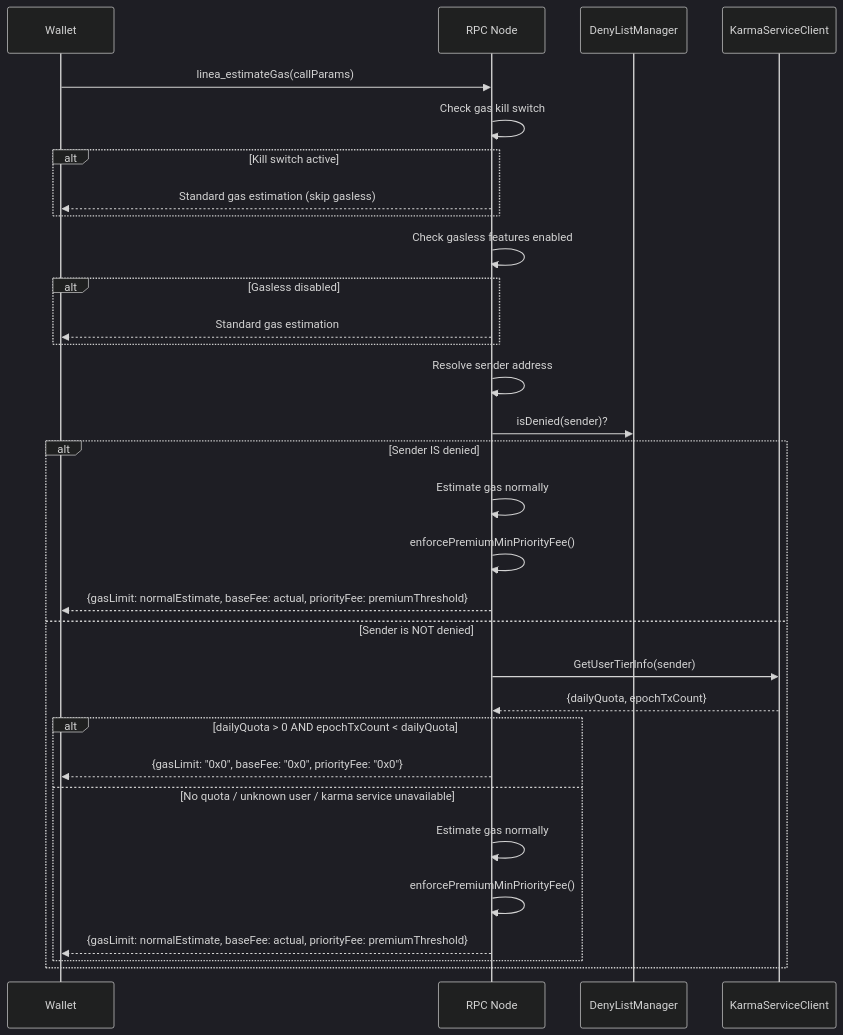
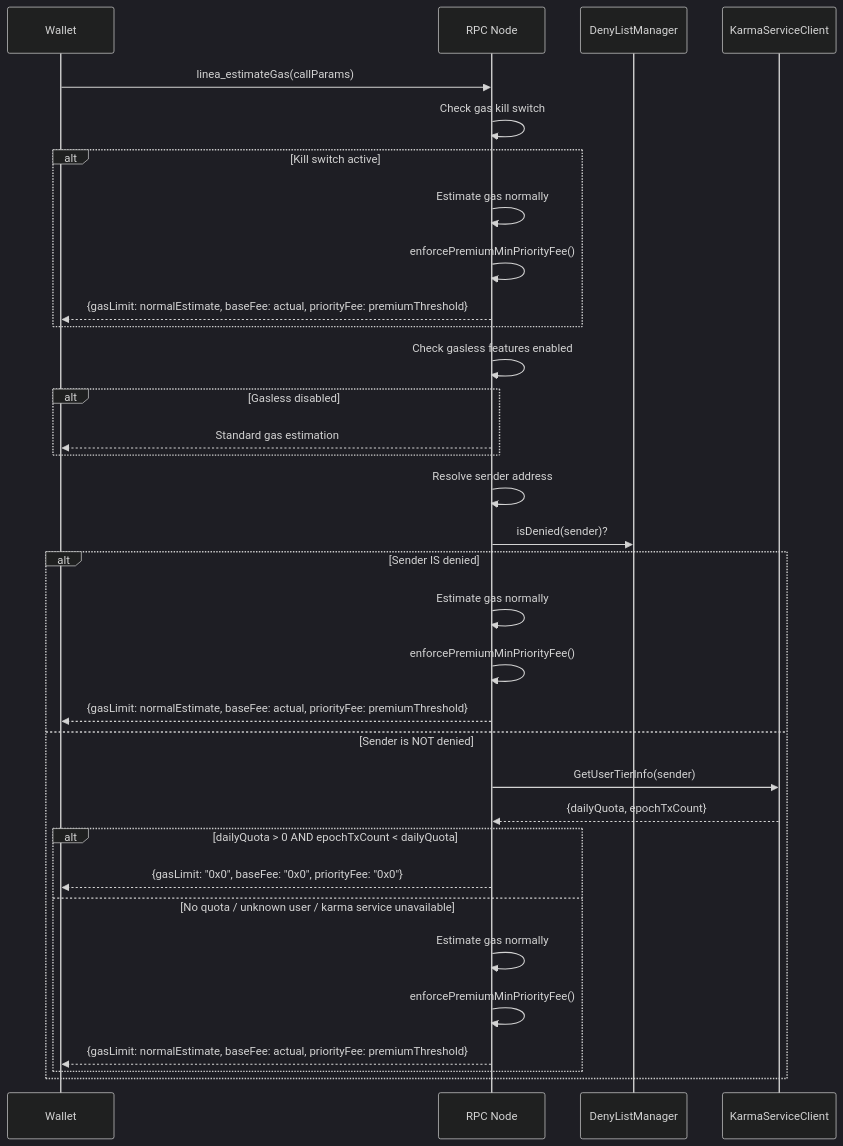
The second of 7 diagrams in docs/protocol-engineering.md (status-im/status-network-monorepo), drawn with Mermaid (dark theme) before and after one commit. The commit also changed other lines of this file and 142 other files, not shown here.

````diff
--- a/docs/protocol-engineering.md
+++ b/docs/protocol-engineering.md
@@ -98,39 +98,41 @@
 ```mermaid
 sequenceDiagram
     participant W as Wallet
     participant RPC as RPC Node
     participant DL as DenyListManager
     participant KS as KarmaServiceClient
 
     W->>RPC: linea_estimateGas(callParams)
 
     RPC->>RPC: Check gas kill switch
     alt Kill switch active
-        RPC-->>W: Standard gas estimation (skip gasless)
+        RPC->>RPC: Estimate gas normally
+        RPC->>RPC: enforcePremiumMinPriorityFee()
+        RPC-->>W: {gasLimit: normalEstimate, baseFee: actual, priorityFee: premiumThreshold}
     end
 
     RPC->>RPC: Check gasless features enabled
     alt Gasless disabled
         RPC-->>W: Standard gas estimation
     end
 
     RPC->>RPC: Resolve sender address
     RPC->>DL: isDenied(sender)?
 
     alt Sender IS denied
         RPC->>RPC: Estimate gas normally
         RPC->>RPC: enforcePremiumMinPriorityFee()
         RPC-->>W: {gasLimit: normalEstimate, baseFee: actual, priorityFee: premiumThreshold}
     else Sender is NOT denied
         RPC->>KS: GetUserTierInfo(sender)
         KS-->>RPC: {dailyQuota, epochTxCount}
 
         alt dailyQuota > 0 AND epochTxCount < dailyQuota
             RPC-->>W: {gasLimit: "0x0", baseFee: "0x0", priorityFee: "0x0"}
         else No quota / unknown user / karma service unavailable
             RPC->>RPC: Estimate gas normally
             RPC->>RPC: enforcePremiumMinPriorityFee()
             RPC-->>W: {gasLimit: normalEstimate, baseFee: actual, priorityFee: premiumThreshold}
         end
     end
 ```
````
